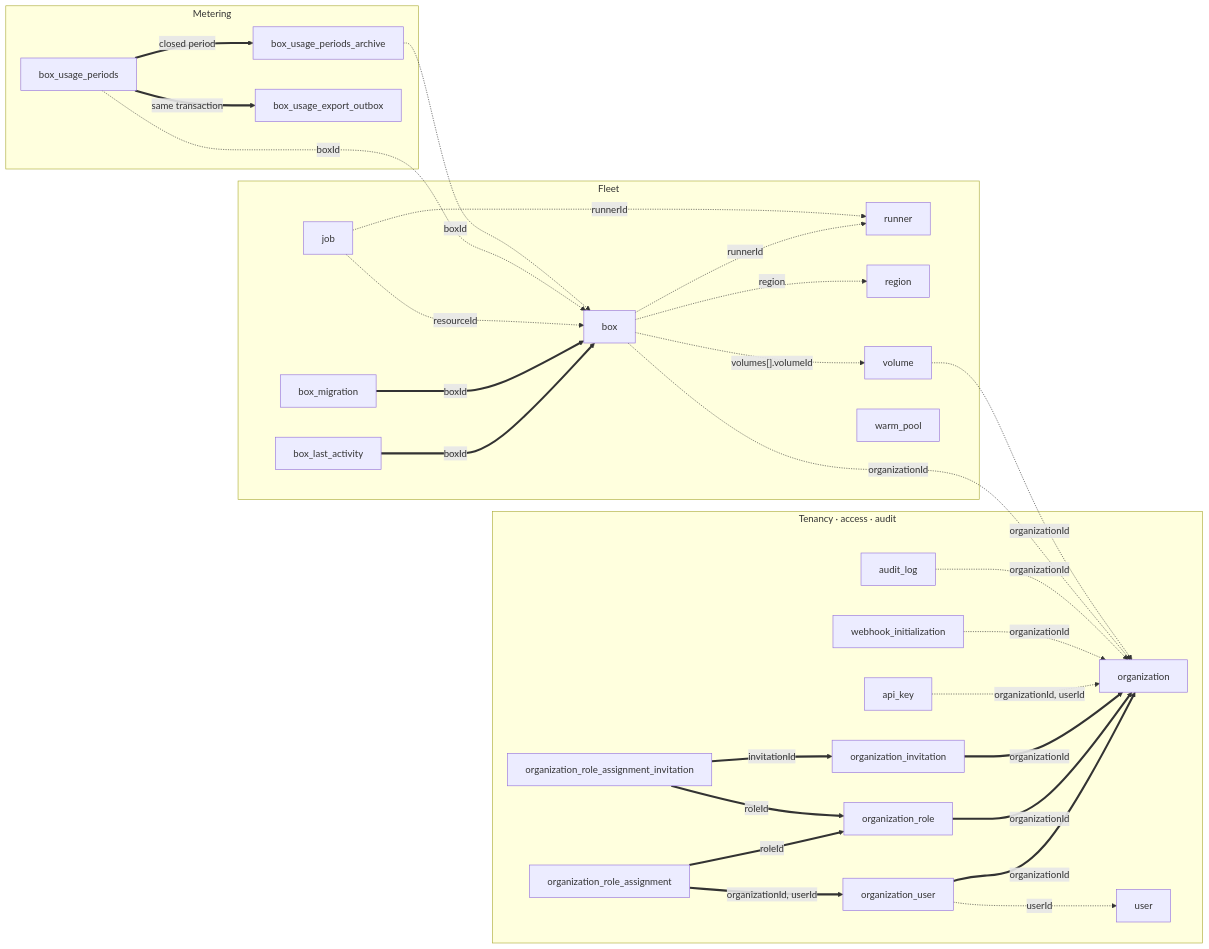
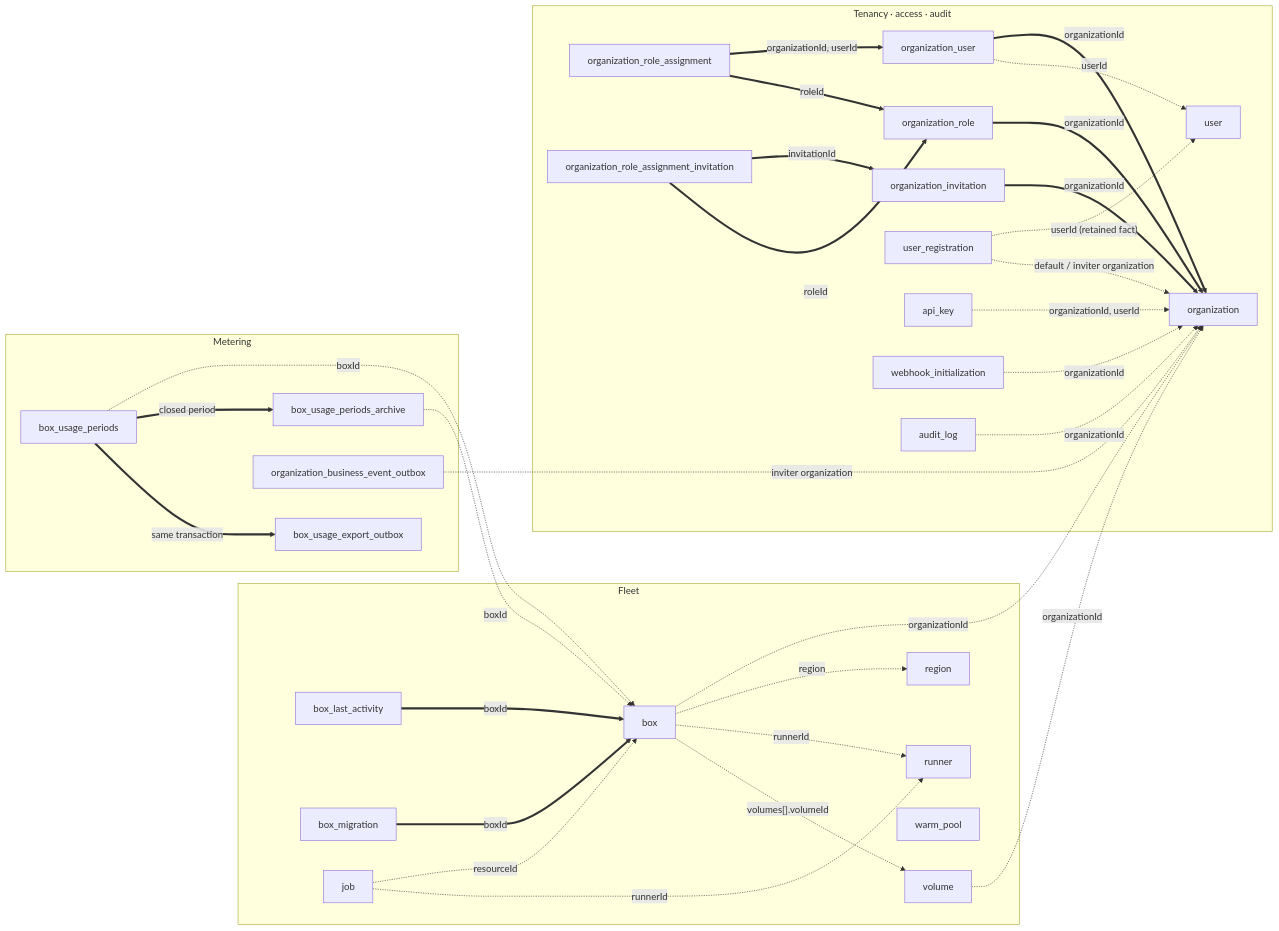
The diagram in apps/SCHEMA.md (boxlite-ai/boxlite), drawn with Mermaid before and after one commit. The commit also changed other lines of this file and 59 other files, not shown here.

````diff
--- a/apps/SCHEMA.md
+++ b/apps/SCHEMA.md
@@ -34,58 +34,63 @@
 ```mermaid
 flowchart LR
     subgraph tenancy["Tenancy · access · audit"]
         t_org["organization"]
         t_orguser["organization_user"]
         t_role["organization_role"]
         t_invite["organization_invitation"]
         t_assign["organization_role_assignment"]
         t_assigninv["organization_role_assignment_invitation"]
         t_user["user"]
+        t_registration["user_registration"]
         t_apikey["api_key"]
         t_webhook["webhook_initialization"]
         t_audit["audit_log"]
     end
 
     subgraph fleet["Fleet"]
         t_box["box"]
         t_activity["box_last_activity"]
         t_migration["box_migration"]
         t_runner["runner"]
         t_region["region"]
         t_volume["volume"]
         t_job["job"]
         t_warm["warm_pool"]
     end
 
     subgraph metering["Metering"]
         t_period["box_usage_periods"]
         t_archive["box_usage_periods_archive"]
         t_outbox["box_usage_export_outbox"]
+        t_business_events["organization_business_event_outbox"]
     end
 
     t_orguser ==>|"organizationId"| t_org
     t_role ==>|"organizationId"| t_org
     t_invite ==>|"organizationId"| t_org
     t_assign ==>|"organizationId, userId"| t_orguser
     t_assign ==>|"roleId"| t_role
     t_assigninv ==>|"invitationId"| t_invite
     t_assigninv ==>|"roleId"| t_role
     t_activity ==>|"boxId"| t_box
     t_migration ==>|"boxId"| t_box
 
     t_orguser -.->|"userId"| t_user
+    t_registration -.->|"userId (retained fact)"| t_user
+    t_registration -.->|"default / inviter organization"| t_org
+    t_business_events -.->|"inviter organization"| t_org
     t_apikey -.->|"organizationId, userId"| t_org
     t_webhook -.->|"organizationId"| t_org
     t_audit -.->|"organizationId"| t_org
     t_box -.->|"organizationId"| t_org
     t_box -.->|"region"| t_region
     t_box -.->|"runnerId"| t_runner
     t_box -.->|"volumes[].volumeId"| t_volume
     t_volume -.->|"organizationId"| t_org
     t_job -.->|"resourceId"| t_box
     t_job -.->|"runnerId"| t_runner
     t_period -.->|"boxId"| t_box
     t_archive -.->|"boxId"| t_box
     t_period ==>|"closed period"| t_archive
     t_period ==>|"same transaction"| t_outbox
 ```
````
